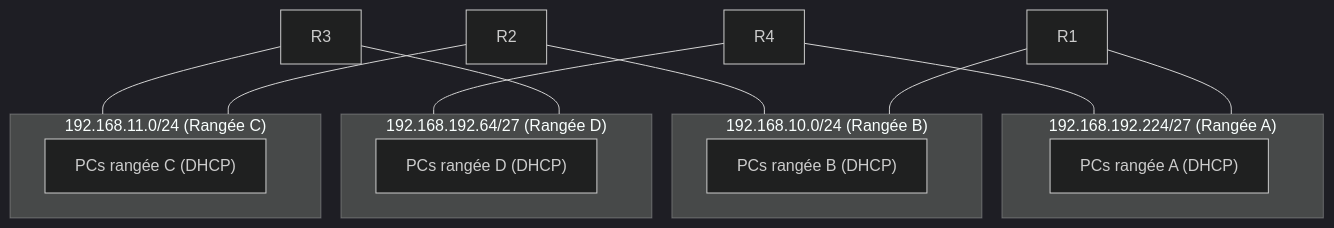
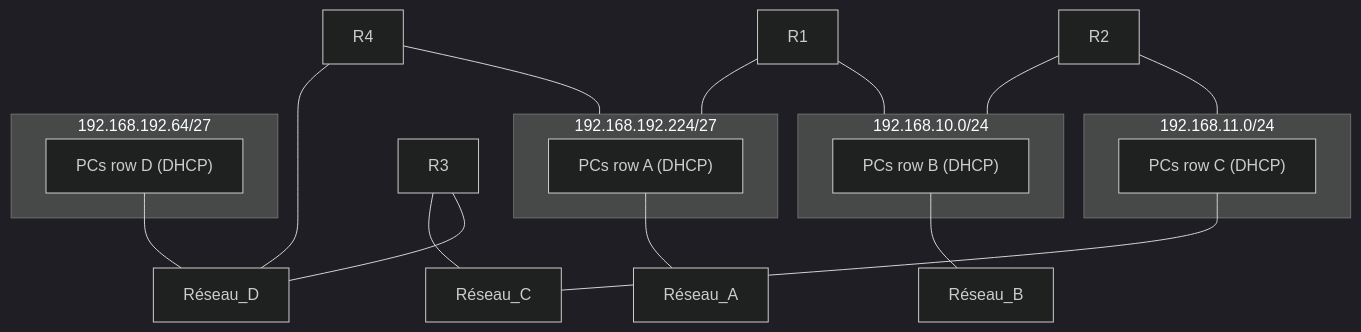
One commit to tunkasina/CoursPereBoullard changed the diagram in CoursReseau/Partie 2 - Routage IP.md. Above: the diagram before and after it, drawn with Mermaid (dark theme).

Commit message:
vault backup: 09-24 14:59:46

````diff
--- a/CoursReseau/Partie 2 - Routage IP.md
+++ b/CoursReseau/Partie 2 - Routage IP.md
@@ -41,44 +41,44 @@
 ``` mermaid
 graph TB
 
 R1["R1"]
 R2["R2"]
 R3["R3"]
 R4["R4"]
 
-subgraph Réseau_A["192.168.192.224/27 (Rangée A)"]
-  PC_A1["PCs rangée A (DHCP)"]
+subgraph Network_A["192.168.192.224/27"]
+  PC_A1["PCs row A (DHCP)"]
 end
 
-subgraph Réseau_B["192.168.10.0/24 (Rangée B)"]
-  PC_B1["PCs rangée B (DHCP)"]
+subgraph Network_B["192.168.10.0/24"]
+  PC_B1["PCs row B (DHCP)"]
 end
 
-subgraph Réseau_C["192.168.11.0/24 (Rangée C)"]
-  PC_C1["PCs rangée C (DHCP)"]
+subgraph Network_C["192.168.11.0/24"]
+  PC_C1["PCs row C (DHCP)"]
 end
 
-subgraph Réseau_D["192.168.192.64/27 (Rangée D)"]
-  PC_D1["PCs rangée D (DHCP)"]
+subgraph Network_D["192.168.192.64/27"]
+  PC_D1["PCs row D (DHCP)"]
 end
 
-%% Liaisons Routeurs ↔ Réseaux
-R1 --- Réseau_A
-R4 --- Réseau_A
+%% Liaisons Routeurs ↔ Networks
+R1 --- Network_A
+R4 --- Network_A
 
-R1 --- Réseau_B
-R2 --- Réseau_B
+R1 --- Network_B
+R2 --- Network_B
 
-R2 --- Réseau_C
+R2 --- Network_C
 R3 --- Réseau_C
 
 R3 --- Réseau_D
 R4 --- Réseau_D
 
-%% Liaisons PC ↔ Réseaux
+%% Liaisons PC ↔ Networks
 PC_A1 --- Réseau_A
 PC_B1 --- Réseau_B
 PC_C1 --- Réseau_C
 PC_D1 --- Réseau_D
 
 ```
````
